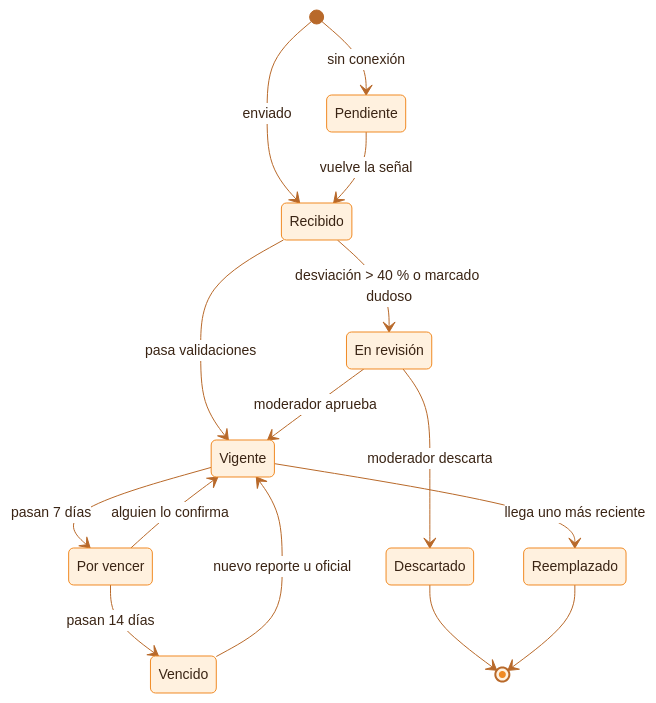
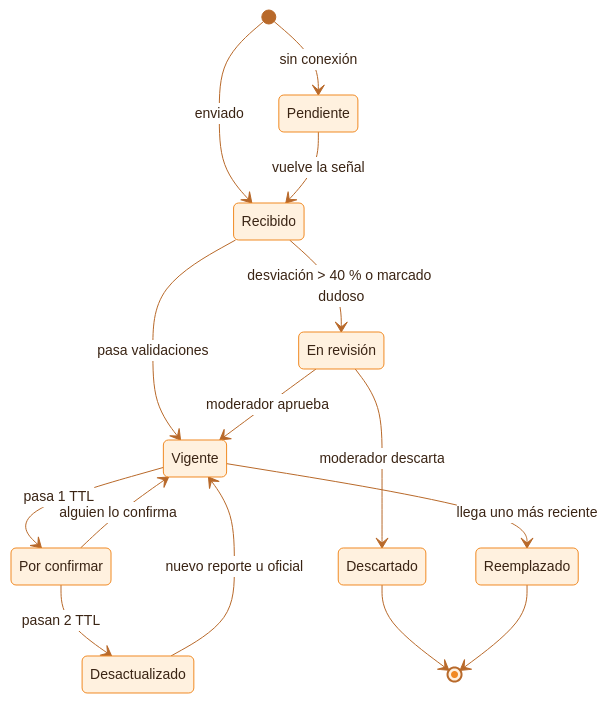
The diagram in docs/diagramas/09-estados.mmd (JuanJo0775/Sistema_valora_B), drawn with Mermaid before and after one commit. The commit also changed 1 other file, not shown here.

Commit message:
docs(diagramas): estados por confirmar y desactualizado según el TTL

```diff
--- a/docs/diagramas/09-estados.mmd
+++ b/docs/diagramas/09-estados.mmd
@@ -1,19 +1,19 @@
 %%{init: {"theme":"base","themeVariables":{"fontFamily":"DejaVu Sans, Verdana, Arial, sans-serif","fontSize":"14px","primaryColor":"#FFF1DF","primaryBorderColor":"#F08A24","primaryTextColor":"#3A2414","secondaryColor":"#FFF7D6","tertiaryColor":"#FFFBF4","lineColor":"#B8692A","textColor":"#3A2414","clusterBkg":"#FFFBF4","clusterBorder":"#E8C9A0","edgeLabelBackground":"#FFFFFF","actorBkg":"#FFE3C7","actorBorder":"#F08A24","actorTextColor":"#3A2414","actorLineColor":"#E8B98A","signalColor":"#8A4B14","signalTextColor":"#3A2414","labelBoxBkgColor":"#FFE3C7","labelBoxBorderColor":"#F08A24","labelTextColor":"#3A2414","loopTextColor":"#8A4B14","noteBkgColor":"#FFF7D6","noteBorderColor":"#E3A21A","noteTextColor":"#3A2414","activationBkgColor":"#FFD7A8","activationBorderColor":"#F08A24","sequenceNumberColor":"#FFFFFF"}}}%%
 stateDiagram-v2
   direction TB
   [*] --> Pendiente: sin conexión
   [*] --> Recibido: enviado
   Pendiente --> Recibido: vuelve la señal
   Recibido --> Vigente: pasa validaciones
   Recibido --> EnRevision: desviación > 40 % o marcado dudoso
   EnRevision --> Vigente: moderador aprueba
   EnRevision --> Descartado: moderador descarta
-  Vigente --> PorVencer: pasan 7 días
-  PorVencer --> Vigente: alguien lo confirma
-  PorVencer --> Vencido: pasan 14 días
-  Vencido --> Vigente: nuevo reporte u oficial
+  Vigente --> PorConfirmar: pasa 1 TTL
+  PorConfirmar --> Vigente: alguien lo confirma
+  PorConfirmar --> Desactualizado: pasan 2 TTL
+  Desactualizado --> Vigente: nuevo reporte u oficial
   Vigente --> Reemplazado: llega uno más reciente
   Descartado --> [*]
   Reemplazado --> [*]
   state "En revisión" as EnRevision
-  state "Por vencer" as PorVencer
+  state "Por confirmar" as PorConfirmar
```
